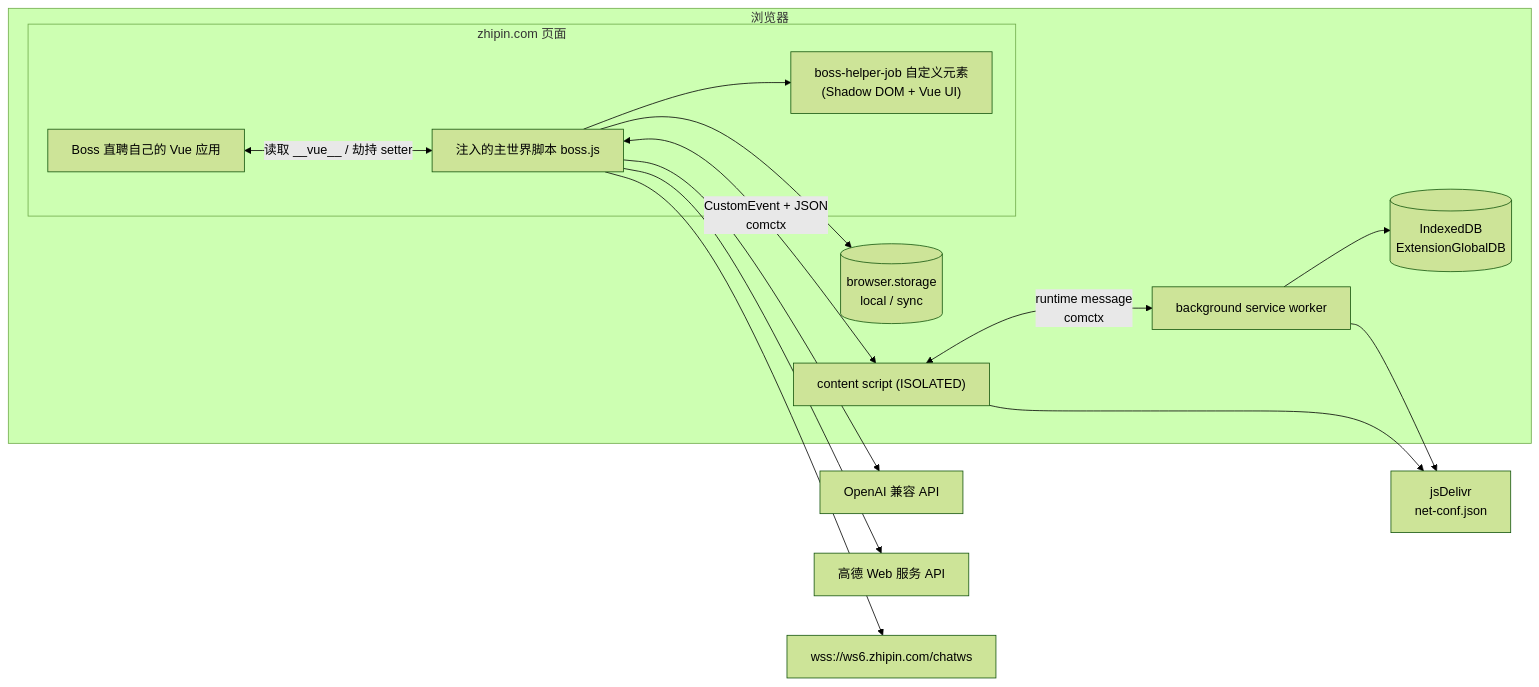
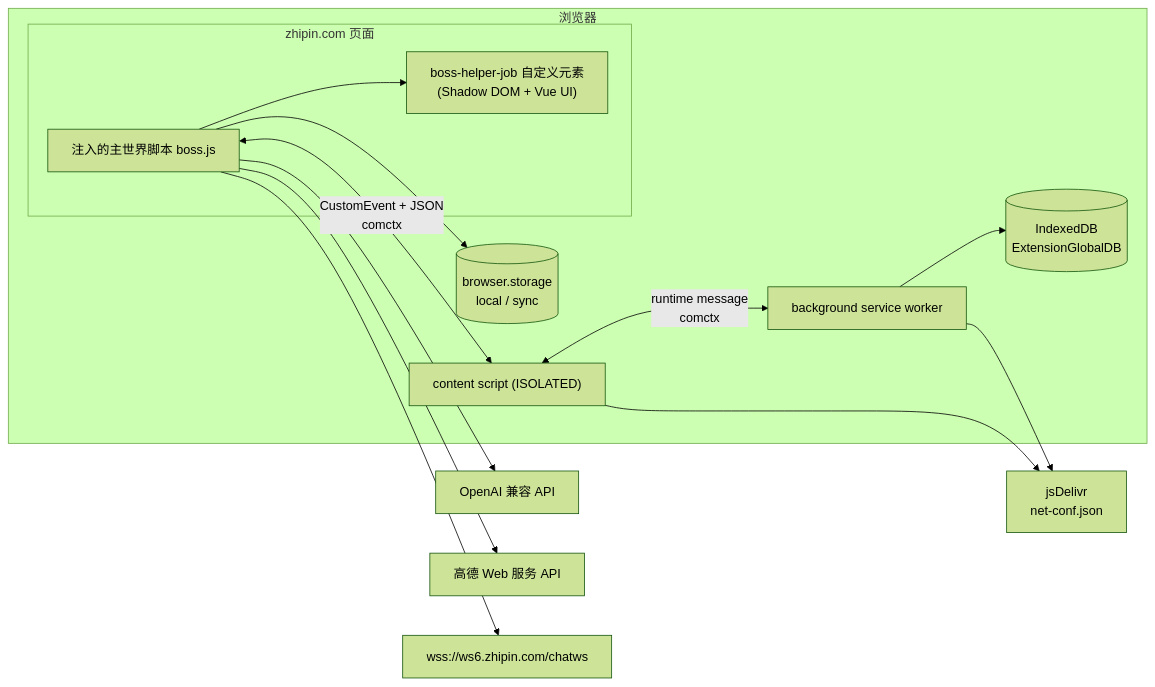
One commit to hollyxun/boss-helper changed the diagram in docs/01-项目概览.md. Above: the diagram before and after it, drawn with Mermaid (forest theme). The commit also changed other lines of this file and 12 other files, not shown here.

````diff
--- a/docs/01-项目概览.md
+++ b/docs/01-项目概览.md
@@ -79,30 +79,28 @@
 ```mermaid
 flowchart LR
   subgraph Browser["浏览器"]
     subgraph Page["zhipin.com 页面"]
-      VueApp["Boss 直聘自己的 Vue 应用"]
       BossJS["注入的主世界脚本 boss.js"]
       Shadow["boss-helper-job 自定义元素\n(Shadow DOM + Vue UI)"]
     end
     CS["content script (ISOLATED)"]
     BG["background service worker"]
     Store[("browser.storage\nlocal / sync")]
     IDB[("IndexedDB\nExtensionGlobalDB")]
   end
   AI["OpenAI 兼容 API"]
   AMAP["高德 Web 服务 API"]
   MQTT["wss://ws6.zhipin.com/chatws"]
   CF["jsDelivr\nnet-conf.json"]
 
-  VueApp <-->|"读取 __vue__ / 劫持 setter"| BossJS
   BossJS --> Shadow
   BossJS <-->|"CustomEvent + JSON\ncomctx"| CS
   CS <-->|"runtime message\ncomctx"| BG
   BossJS --> Store
   BG --> IDB
   BossJS --> AI
   BossJS --> AMAP
   BossJS --> MQTT
   CS --> CF
   BG --> CF
 ```
````
